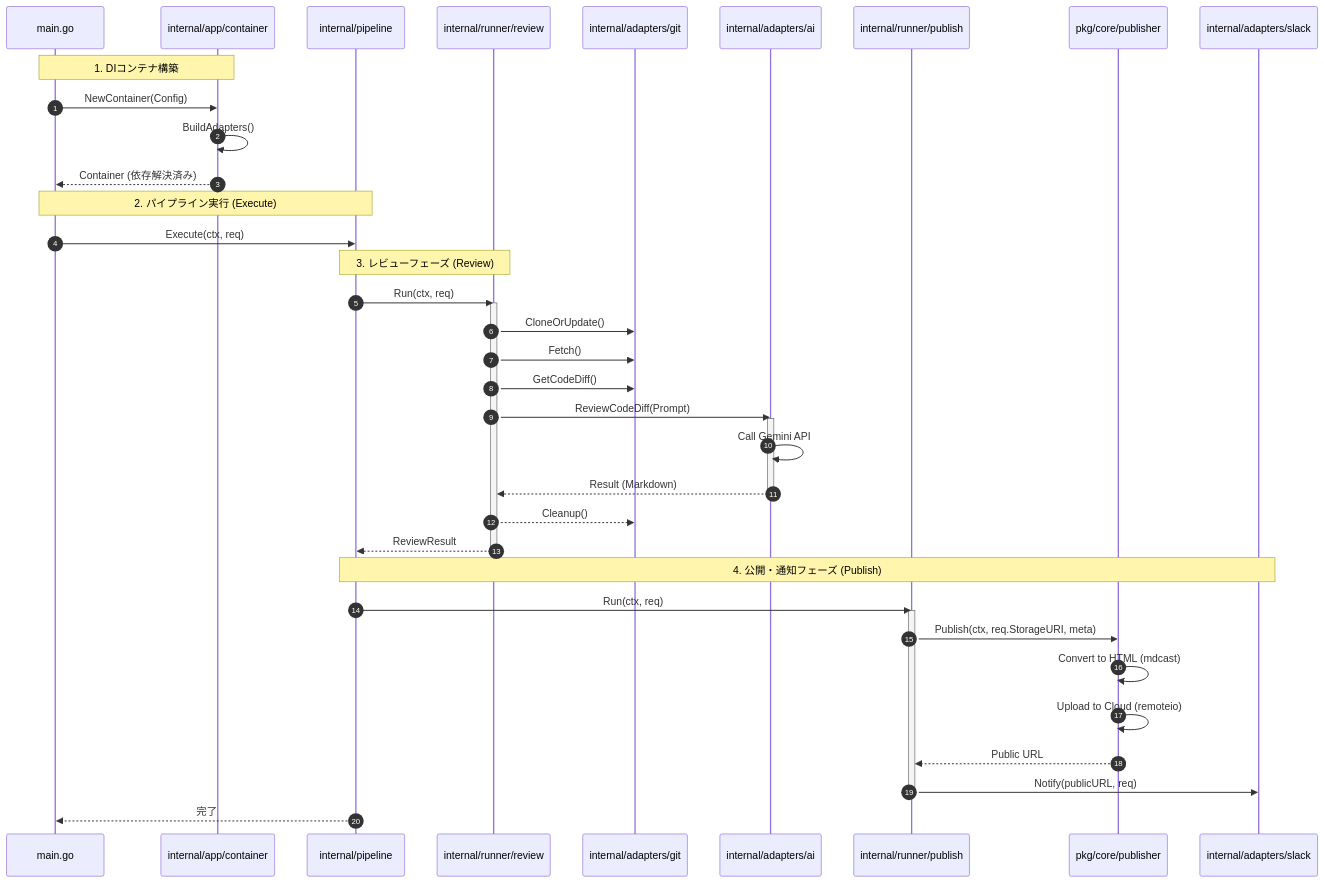
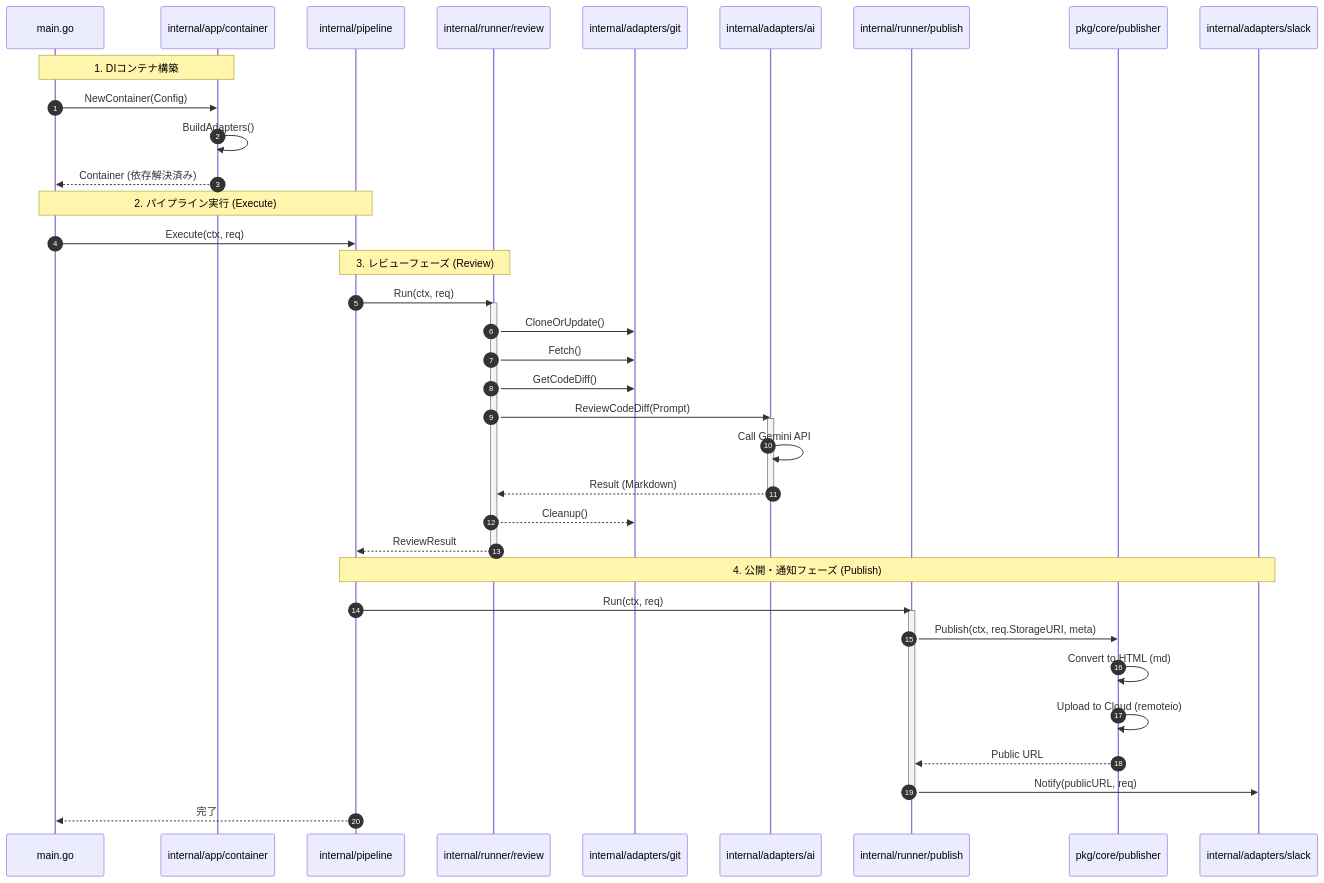
Before and after one commit to shouni/git-gemini-cli: the diagram in README.md, drawn with Mermaid. The commit also changed 2 other files, not shown here.

Commit message:
Docs: update README sequence diagram to reflect review runner path change

````diff
--- a/README.md
+++ b/README.md
@@ -64,47 +64,47 @@
 ```mermaid
 sequenceDiagram
     autonumber
     participant Main as main.go
     participant Cont as internal/app/container
     participant Pipe as internal/pipeline
     participant ReviewR as internal/runner/review
     participant Git as internal/adapters/git
     participant AI as internal/adapters/ai
     participant PublishR as internal/runner/publish
     participant Pub as pkg/core/publisher
     participant Slack as internal/adapters/slack
 
     Note over Main, Cont: 1. DIコンテナ構築
     Main->>Cont: NewContainer(Config)
     Cont->>Cont: BuildAdapters()
     Cont-->>Main: Container (依存解決済み)
 
     Note over Main, Pipe: 2. パイプライン実行 (Execute)
     Main->>Pipe: Execute(ctx, req)
 
     Note over Pipe, ReviewR: 3. レビューフェーズ (Review)
     Pipe->>ReviewR: Run(ctx, req)
     activate ReviewR
     ReviewR->>Git: CloneOrUpdate()
     ReviewR->>Git: Fetch()
     ReviewR->>Git: GetCodeDiff()
     ReviewR->>AI: ReviewCodeDiff(Prompt)
     activate AI
     AI->>AI: Call Gemini API
     AI-->>ReviewR: Result (Markdown)
     deactivate AI
     ReviewR-->>Git: Cleanup()
     ReviewR-->>Pipe: ReviewResult
     deactivate ReviewR
 
     Note over Pipe, Slack: 4. 公開・通知フェーズ (Publish)
     Pipe->>PublishR: Run(ctx, req)
     activate PublishR
     PublishR->>Pub: Publish(ctx, req.StorageURI, meta)
-    Pub->>Pub: Convert to HTML (mdcast)
+    Pub->>Pub: Convert to HTML (md)
     Pub->>Pub: Upload to Cloud (remoteio)
     Pub-->>PublishR: Public URL
     PublishR->>Slack: Notify(publicURL, req)
     deactivate PublishR
     Pipe-->>Main: 完了
 ```
````
